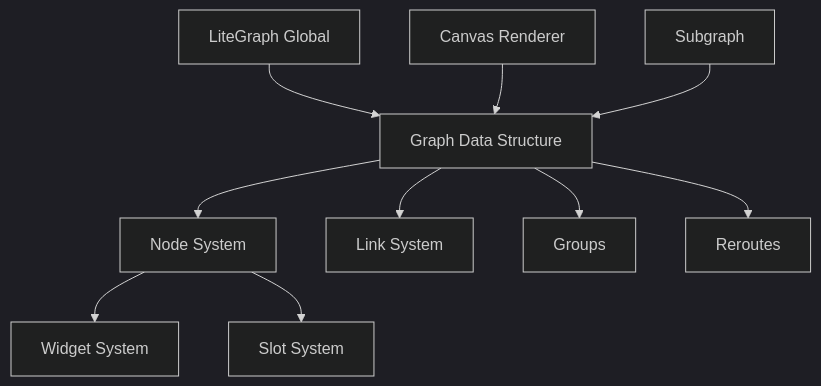
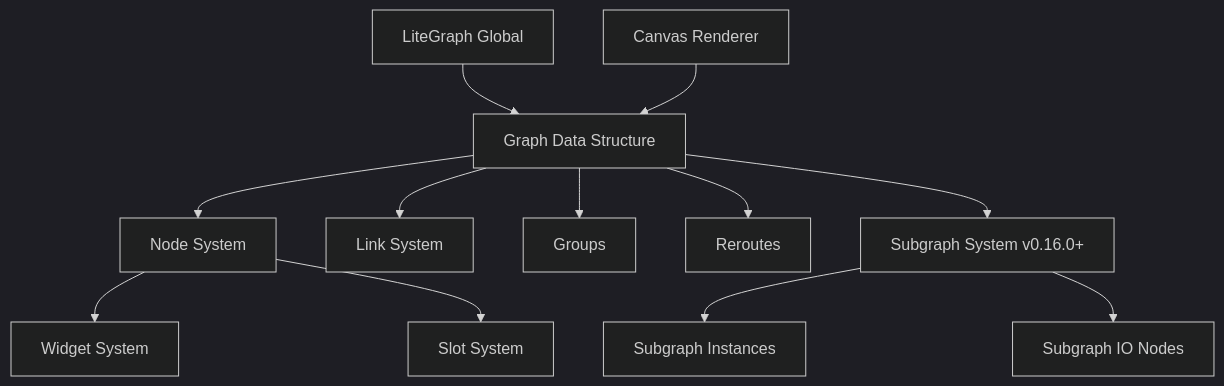
Before and after one commit to hanzoui/claude-prompt-library: the diagram in project-summaries-for-agents/litegraph/REPOSITORY_GUIDE.md, drawn with Mermaid (dark theme). The commit also changed other lines of this file, not shown here.

````diff
--- a/project-summaries-for-agents/litegraph/REPOSITORY_GUIDE.md
+++ b/project-summaries-for-agents/litegraph/REPOSITORY_GUIDE.md
@@ -173,12 +186,14 @@
 ```mermaid
 graph TD
     LiteGraph[LiteGraph Global] --> LGraph[Graph Data Structure]
     LGraph --> LGraphNode[Node System]
     LGraph --> LLink[Link System]
     LGraph --> LGraphGroup[Groups]
     LGraph --> Reroute[Reroutes]
+    LGraph --> Subgraph[Subgraph System v0.16.0+]
     LGraphCanvas[Canvas Renderer] --> LGraph
     LGraphNode --> Widgets[Widget System]
     LGraphNode --> Slots[Slot System]
-    Subgraph --> LGraph
+    Subgraph --> SubgraphNode[Subgraph Instances]
+    Subgraph --> SubgraphIO[Subgraph IO Nodes]
 ```
````
